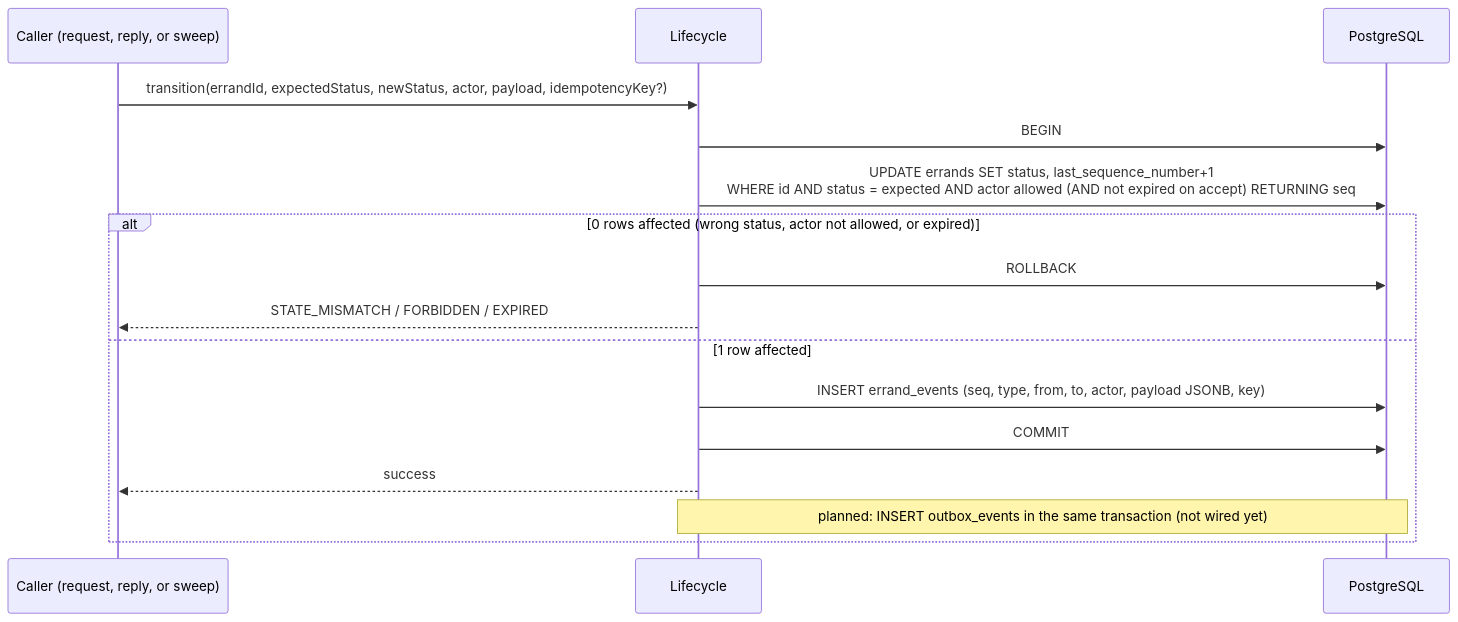
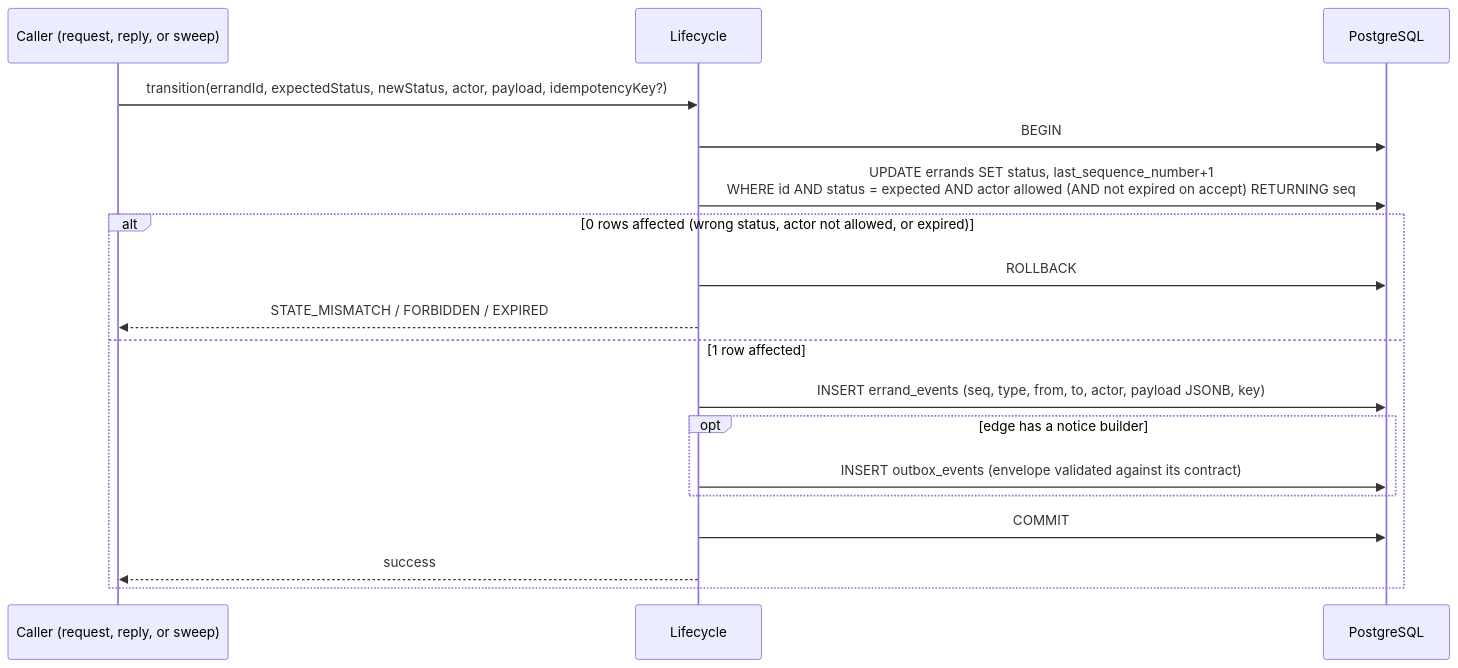
The third of 4 diagrams in order-service/ARCHITECTURE.md (AY2627S1-CS3219-P27/FoC), drawn with Mermaid before and after one commit. The commit also changed other lines of this file and 1 other file, not shown here.

Commit message:
Update order-service docs for the wired outbox
The diagrams and ADR 0008 still described the outbox insert as planned;
transition() writes notices in the same transaction since #622.

````diff
--- a/order-service/ARCHITECTURE.md
+++ b/order-service/ARCHITECTURE.md
@@ -127,18 +127,20 @@
 ```mermaid
 sequenceDiagram
   participant C as Caller (request, reply, or sweep)
   participant L as Lifecycle
   participant DB as PostgreSQL
   C->>L: transition(errandId, expectedStatus, newStatus, actor, payload, idempotencyKey?)
   L->>DB: BEGIN
   L->>DB: UPDATE errands SET status, last_sequence_number+1<br/>WHERE id AND status = expected AND actor allowed (AND not expired on accept) RETURNING seq
   alt 0 rows affected (wrong status, actor not allowed, or expired)
     L->>DB: ROLLBACK
     L-->>C: STATE_MISMATCH / FORBIDDEN / EXPIRED
   else 1 row affected
     L->>DB: INSERT errand_events (seq, type, from, to, actor, payload JSONB, key)
+    opt edge has a notice builder
+      L->>DB: INSERT outbox_events (envelope validated against its contract)
+    end
     L->>DB: COMMIT
     L-->>C: success
-    Note over L,DB: planned: INSERT outbox_events in the same transaction (not wired yet)
   end
 ```
````
